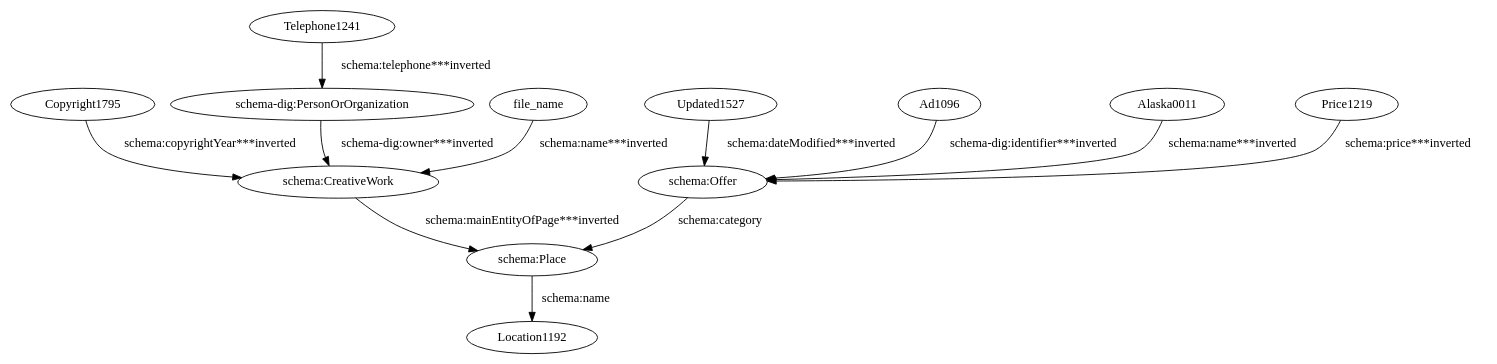
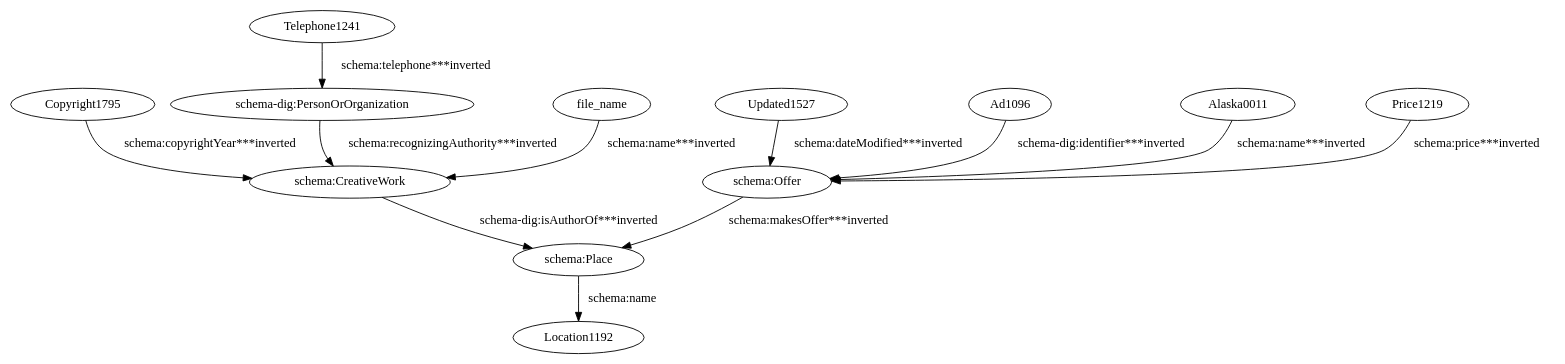
The diagram in data/taheriyan2016/task_04/semantic_models/steiner/dot/alaskaslist.dot (giuseppefutia/semi), drawn with Graphviz before and after one commit. The commit also changed 119 other files, not shown here.

```diff
--- a/data/taheriyan2016/task_04/semantic_models/steiner/dot/alaskaslist.dot
+++ b/data/taheriyan2016/task_04/semantic_models/steiner/dot/alaskaslist.dot
@@ -1,25 +1,25 @@
 digraph {
   Ad1096 [type=attribute_name,label=Ad1096]
   "schema:Offer1" [type=class_uri,label="schema:Offer"]
   Alaska0011 [type=attribute_name,label=Alaska0011]
   Copyright1795 [type=attribute_name,label=Copyright1795]
   "schema:CreativeWork1" [type=class_uri,label="schema:CreativeWork"]
   Price1219 [type=attribute_name,label=Price1219]
   Telephone1241 [type=attribute_name,label=Telephone1241]
   "schema-dig:PersonOrOrganization1" [type=class_uri,label="schema-dig:PersonOrOrganization"]
   Updated1527 [type=attribute_name,label=Updated1527]
   file_name [type=attribute_name,label=file_name]
   "schema:Place1" [type=class_uri,label="schema:Place"]
   Location1192 [type=attribute_name,label=Location1192]
   Ad1096 -> "schema:Offer1" [type=st_property_uri,label="schema-dig:identifier***inverted",weight=1]
   Alaska0011 -> "schema:Offer1" [type=st_property_uri,label="schema:name***inverted",weight=1]
   Copyright1795 -> "schema:CreativeWork1" [type=st_property_uri,label="schema:copyrightYear***inverted",weight=1]
   Price1219 -> "schema:Offer1" [type=st_property_uri,label="schema:price***inverted",weight=1]
   Telephone1241 -> "schema-dig:PersonOrOrganization1" [type=st_property_uri,label="schema:telephone***inverted",weight=1]
   Updated1527 -> "schema:Offer1" [type=st_property_uri,label="schema:dateModified***inverted",weight=1]
   file_name -> "schema:CreativeWork1" [type=st_property_uri,label="schema:name***inverted",weight=1]
-  "schema-dig:PersonOrOrganization1" -> "schema:CreativeWork1" [type=inherited,label="schema-dig:owner***inverted",weight=4]
-  "schema:CreativeWork1" -> "schema:Place1" [type=inherited,label="schema:mainEntityOfPage***inverted",weight=4]
-  "schema:Offer1" -> "schema:Place1" [label="schema:category",type=inherited,weight=4]
+  "schema-dig:PersonOrOrganization1" -> "schema:CreativeWork1" [type=inherited,label="schema:recognizingAuthority***inverted",weight=4]
+  "schema:CreativeWork1" -> "schema:Place1" [type=inherited,label="schema-dig:isAuthorOf***inverted",weight=4]
+  "schema:Offer1" -> "schema:Place1" [type=inherited,label="schema:makesOffer***inverted",weight=4]
   "schema:Place1" -> Location1192 [label="schema:name",type=st_property_uri]
 }
```
